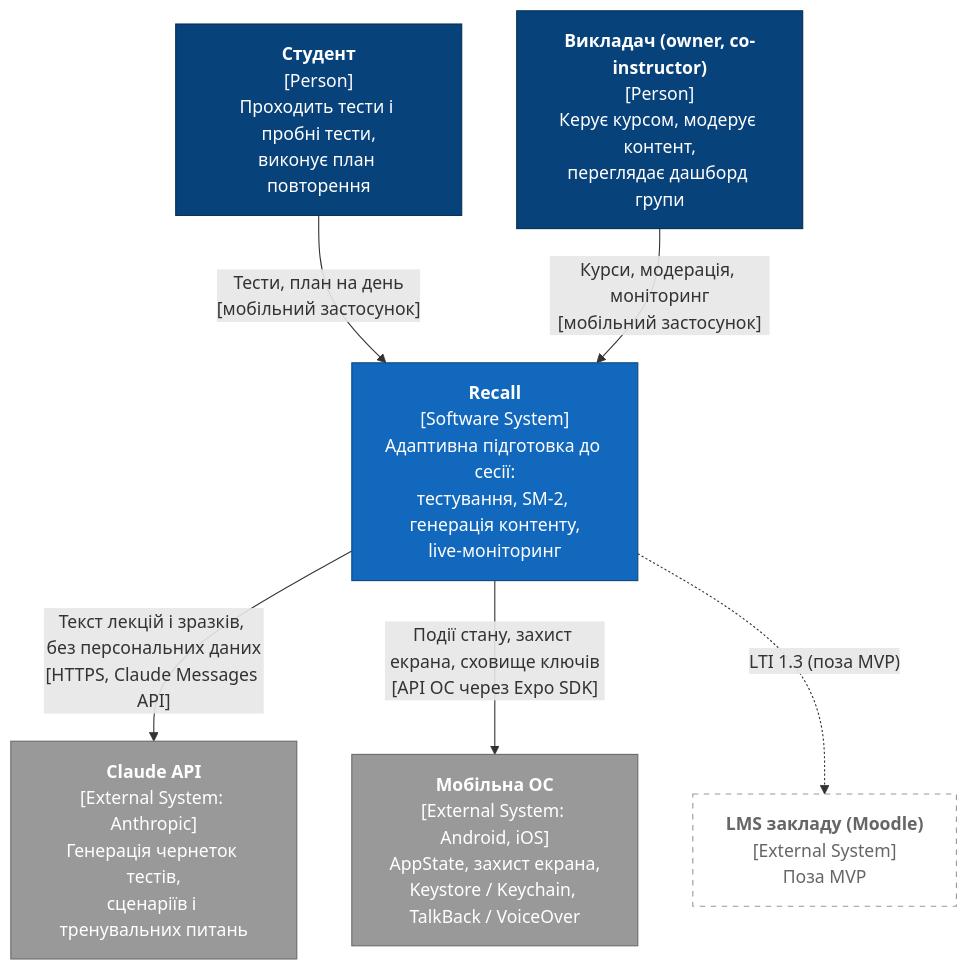
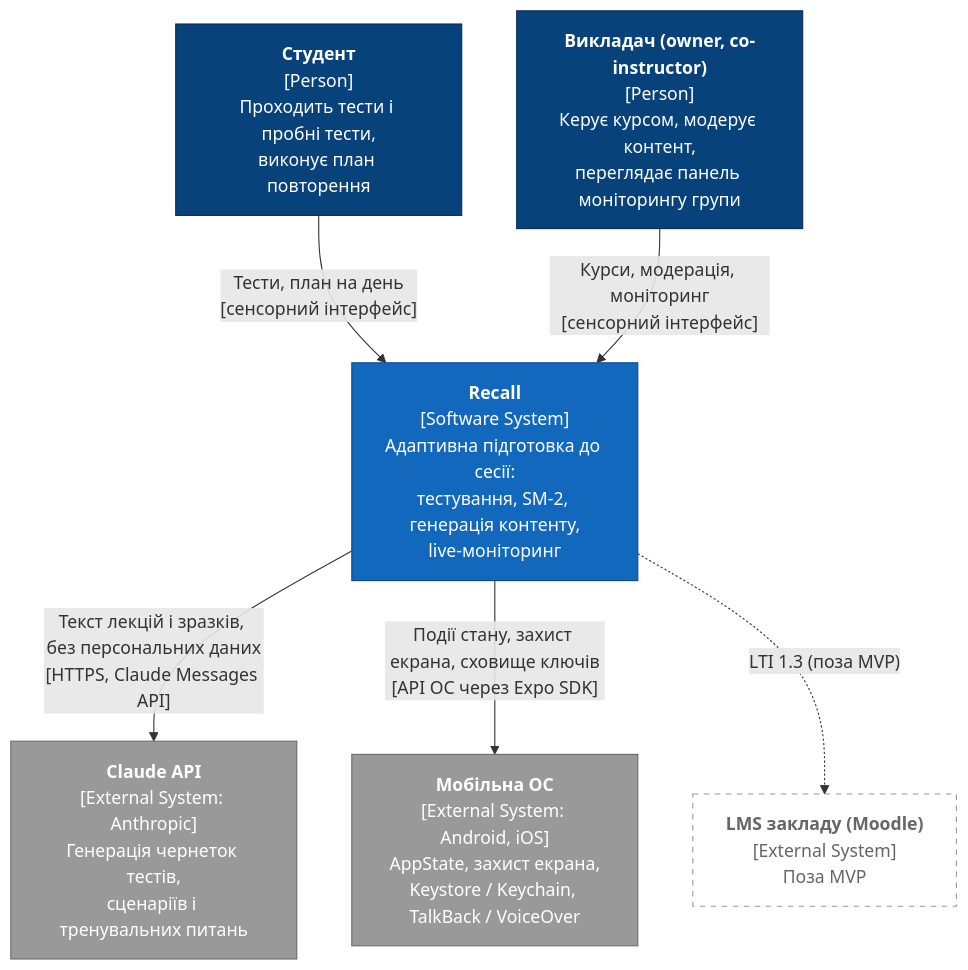
The first of 4 diagrams in docs/2_design.md (MarcoGr11/Recall), drawn with Mermaid before and after one commit. The commit also changed other lines of this file and 2 other files, not shown here.

Commit message:
docs: fix layering, ADR concurrency and terminology after architecture review

````diff
--- a/docs/2_design.md
+++ b/docs/2_design.md
@@ -11,24 +11,24 @@
 ```mermaid
 flowchart TB
     student["<b>Студент</b><br/>[Person]<br/>Проходить тести і пробні тести,<br/>виконує план повторення"]
-    teacher["<b>Викладач (owner, co-instructor)</b><br/>[Person]<br/>Керує курсом, модерує контент,<br/>переглядає дашборд групи"]
+    teacher["<b>Викладач (owner, co-instructor)</b><br/>[Person]<br/>Керує курсом, модерує контент,<br/>переглядає панель моніторингу групи"]
     recall["<b>Recall</b><br/>[Software System]<br/>Адаптивна підготовка до сесії:<br/>тестування, SM-2, генерація контенту,<br/>live-моніторинг"]
     claude["<b>Claude API</b><br/>[External System: Anthropic]<br/>Генерація чернеток тестів,<br/>сценаріїв і тренувальних питань"]
     os["<b>Мобільна ОС</b><br/>[External System: Android, iOS]<br/>AppState, захист екрана,<br/>Keystore / Keychain, TalkBack / VoiceOver"]
     lms["<b>LMS закладу (Moodle)</b><br/>[External System]<br/>Поза MVP"]
 
-    student -- "Тести, план на день<br/>[мобільний застосунок]" --> recall
-    teacher -- "Курси, модерація, моніторинг<br/>[мобільний застосунок]" --> recall
+    student -- "Тести, план на день<br/>[сенсорний інтерфейс]" --> recall
+    teacher -- "Курси, модерація, моніторинг<br/>[сенсорний інтерфейс]" --> recall
     recall -- "Текст лекцій і зразків, без персональних даних<br/>[HTTPS, Claude Messages API]" --> claude
     recall -- "Події стану, захист екрана, сховище ключів<br/>[API ОС через Expo SDK]" --> os
     recall -. "LTI 1.3 (поза MVP)" .-> lms
 
     classDef person fill:#08427b,stroke:#052e56,color:#fff
     classDef system fill:#1168bd,stroke:#0b4884,color:#fff
     classDef ext fill:#999999,stroke:#6b6b6b,color:#fff
     classDef future fill:#ffffff,stroke:#999999,color:#666666,stroke-dasharray:5 5
     class student,teacher person
     class recall system
     class claude,os ext
     class lms future
 ```
````
